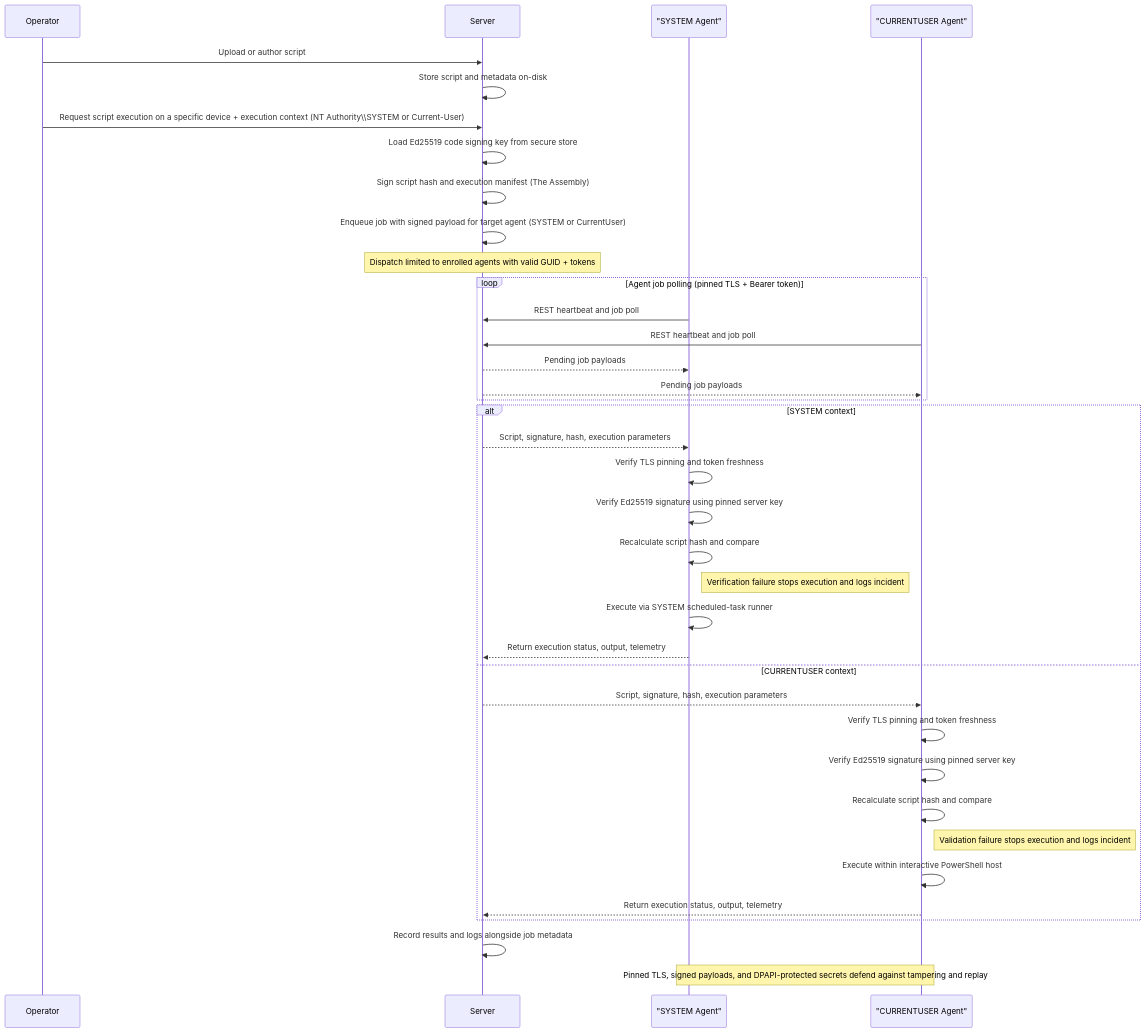
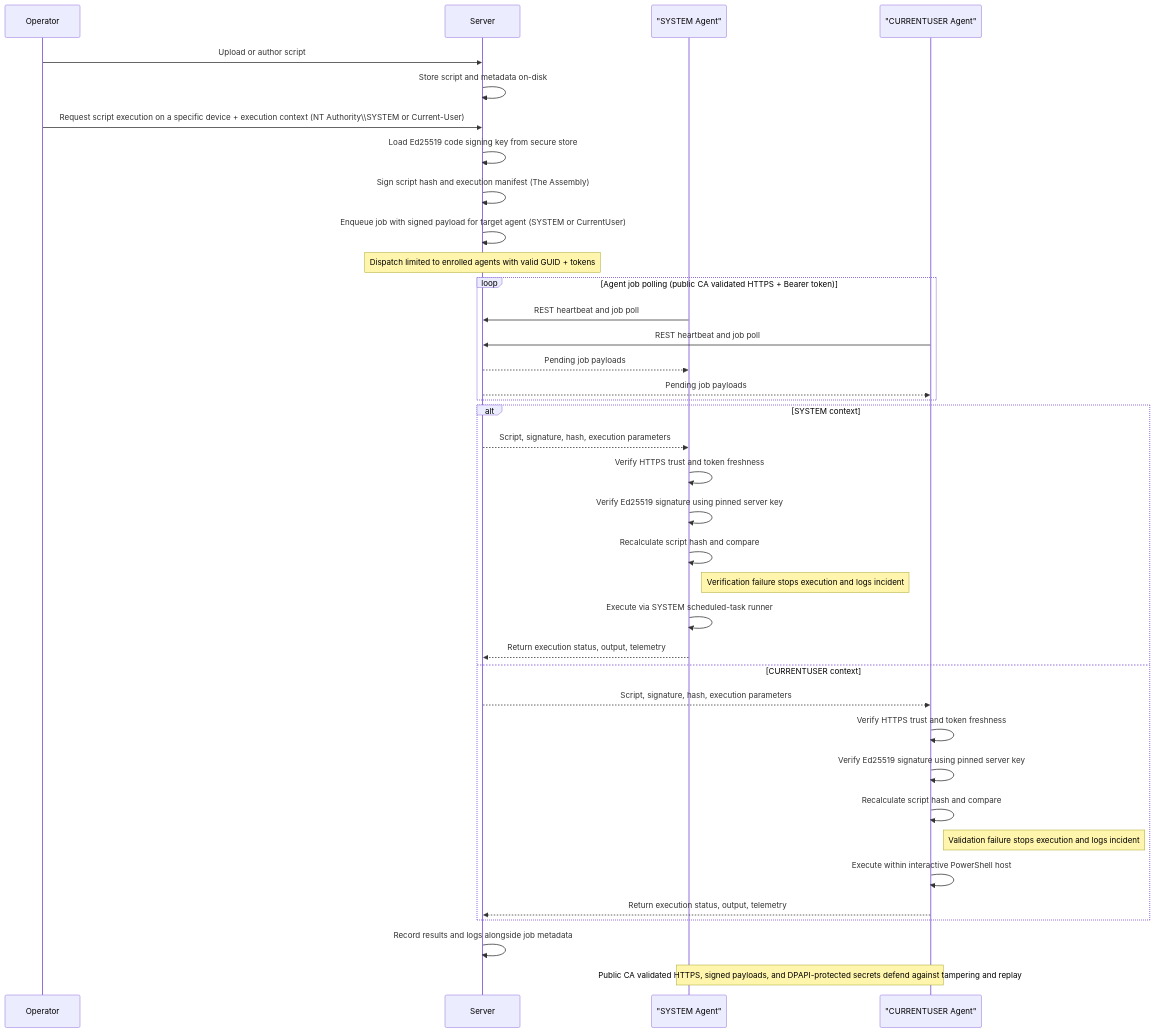
Before and after one commit to bunny-lab-io/Borealis: the second of 2 diagrams in Docs/security-and-trust.md, drawn with Mermaid. The commit also changed other lines of this file and 31 other files, not shown here.

````diff
--- a/Docs/security-and-trust.md
+++ b/Docs/security-and-trust.md
@@ -142,45 +142,45 @@
 ```mermaid
 sequenceDiagram
     participant Operator
     participant Server
     participant SYS as "SYSTEM Agent"
     participant CUR as "CURRENTUSER Agent"
 
     Operator->>Server: Upload or author script
     Server->>Server: Store script and metadata on-disk
 
     Operator->>Server: Request script execution on a specific device + execution context (NT Authority\\SYSTEM or Current-User)
     Server->>Server: Load Ed25519 code signing key from secure store
     Server->>Server: Sign script hash and execution manifest (The Assembly)
 
     Server->>Server: Enqueue job with signed payload for target agent (SYSTEM or CurrentUser)
     Note over Server: Dispatch limited to enrolled agents with valid GUID + tokens
 
-    loop Agent job polling (pinned TLS + Bearer token)
+    loop Agent job polling (public CA validated HTTPS + Bearer token)
         SYS->>Server: REST heartbeat and job poll
         CUR->>Server: REST heartbeat and job poll
         Server-->>SYS: Pending job payloads
         Server-->>CUR: Pending job payloads
     end
 
     alt SYSTEM context
         Server-->>SYS: Script, signature, hash, execution parameters
-        SYS->>SYS: Verify TLS pinning and token freshness
+        SYS->>SYS: Verify HTTPS trust and token freshness
         SYS->>SYS: Verify Ed25519 signature using pinned server key
         SYS->>SYS: Recalculate script hash and compare
         Note right of SYS: Verification failure stops execution and logs incident
         SYS->>SYS: Execute via SYSTEM scheduled-task runner
         SYS-->>Server: Return execution status, output, telemetry
     else CURRENTUSER context
         Server-->>CUR: Script, signature, hash, execution parameters
-        CUR->>CUR: Verify TLS pinning and token freshness
+        CUR->>CUR: Verify HTTPS trust and token freshness
         CUR->>CUR: Verify Ed25519 signature using pinned server key
         CUR->>CUR: Recalculate script hash and compare
         Note right of CUR: Validation failure stops execution and logs incident
         CUR->>CUR: Execute within interactive PowerShell host
         CUR-->>Server: Return execution status, output, telemetry
     end
 
     Server->>Server: Record results and logs alongside job metadata
-    Note over SYS,CUR: Pinned TLS, signed payloads, and DPAPI-protected secrets defend against tampering and replay
+    Note over SYS,CUR: Public CA validated HTTPS, signed payloads, and DPAPI-protected secrets defend against tampering and replay
 ```
````
